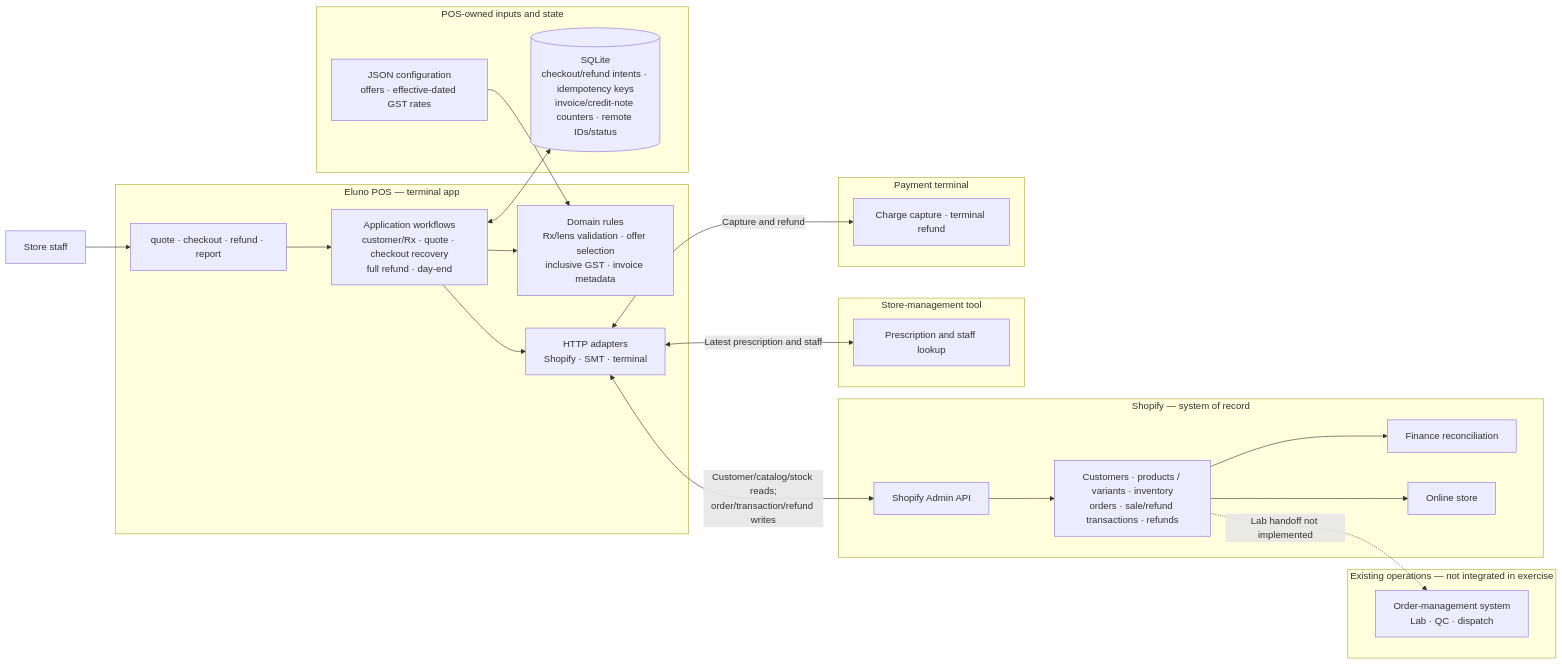
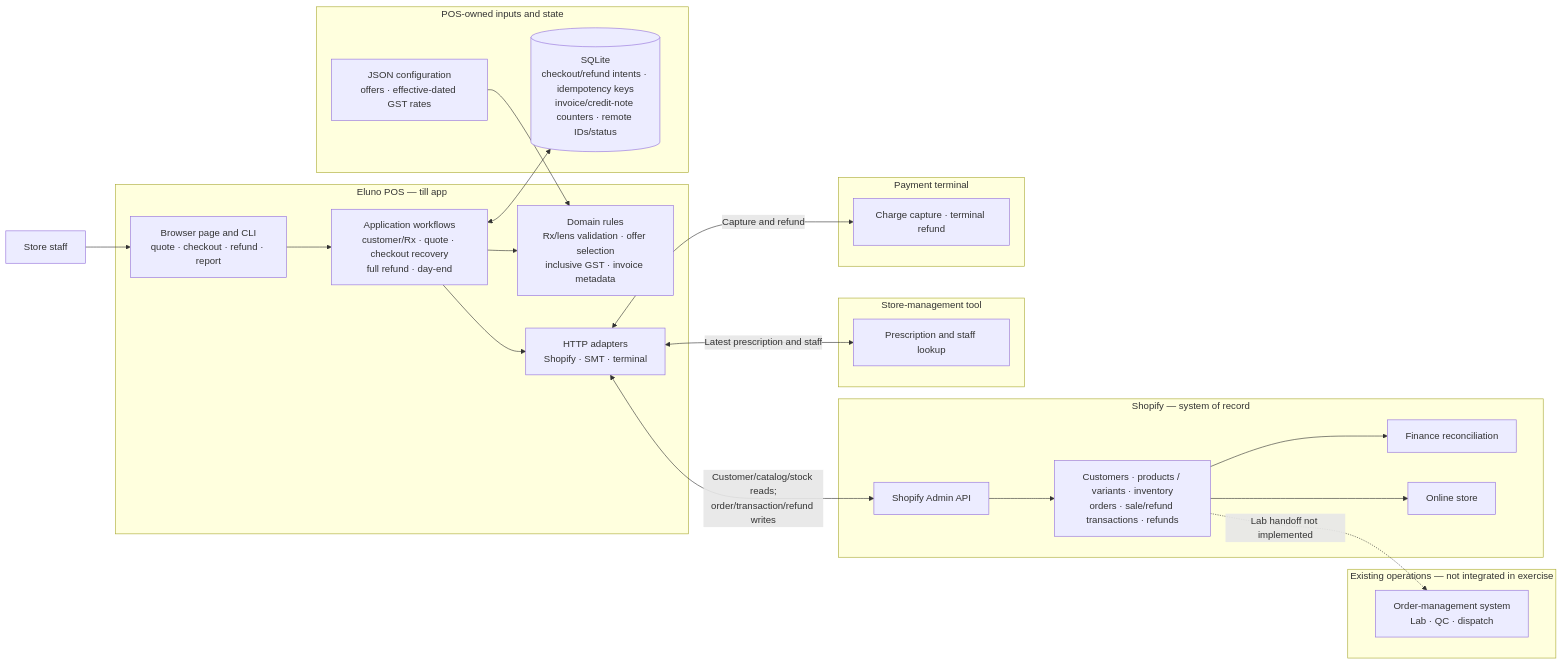
One commit to sarv-projects/eluno_submission changed the second of 3 diagrams in ARCHITECTURE.md. Above: the diagram before and after it, drawn with Mermaid. The commit also changed other lines of this file and 9 other files, not shown here.

````diff
--- a/ARCHITECTURE.md
+++ b/ARCHITECTURE.md
@@ -40,42 +40,42 @@
 ```mermaid
 flowchart LR
     Staff[Store staff]
-    subgraph POS[Eluno POS — terminal app]
-        Commands[quote · checkout · refund · report]
+    subgraph POS[Eluno POS — till app]
+        Commands[Browser page and CLI<br/>quote · checkout · refund · report]
         Workflow[Application workflows<br/>customer/Rx · quote · checkout recovery<br/>full refund · day-end]
         Domain[Domain rules<br/>Rx/lens validation · offer selection<br/>inclusive GST · invoice metadata]
         Adapters[HTTP adapters<br/>Shopify · SMT · terminal]
         Commands --> Workflow
         Workflow --> Domain
         Workflow --> Adapters
     end
     subgraph POSOwned[POS-owned inputs and state]
         Config[JSON configuration<br/>offers · effective-dated GST rates]
         DB[(SQLite<br/>checkout/refund intents · idempotency keys<br/>invoice/credit-note counters · remote IDs/status)]
     end
     subgraph ShopifySystem[Shopify — system of record]
         Admin[Shopify Admin API]
         Records[Customers · products / variants · inventory<br/>orders · sale/refund transactions · refunds]
         Finance[Finance reconciliation]
         Web[Online store]
         Admin --> Records
         Records --> Finance
         Records --> Web
     end
     subgraph StoreSystem[Store-management tool]
         SMT[Prescription and staff lookup]
     end
     subgraph TerminalSystem[Payment terminal]
         Terminal[Charge capture · terminal refund]
     end
     subgraph Fulfilment[Existing operations — not integrated in exercise]
         OMS[Order-management system<br/>Lab · QC · dispatch]
     end
     Staff --> Commands
     Config --> Domain
     Workflow <--> DB
     Adapters <-->|Customer/catalog/stock reads;<br/>order/transaction/refund writes| Admin
     Adapters <-->|Latest prescription and staff| SMT
     Adapters <-->|Capture and refund| Terminal
     Records -. "Lab handoff not implemented" .-> OMS
 ```
````
